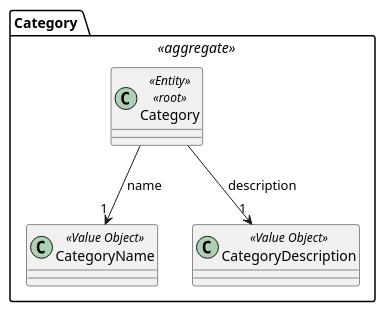
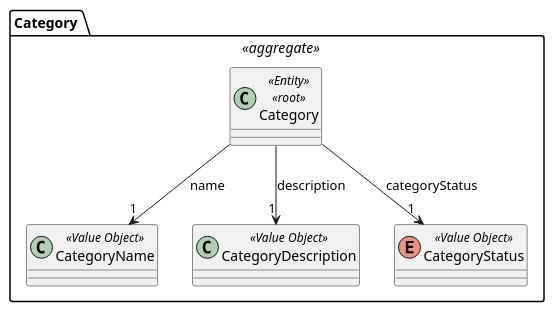
Before and after one commit to diogoveirospro/sem4pi-2024-2025-sem4pi_2024_2025_g44: the diagram in docs/SPRINT_2/US247/puml/domain-model-247.puml, drawn with PlantUML. The commit also changed 4 other files, not shown here.

```diff
--- a/docs/SPRINT_2/US247/puml/domain-model-247.puml
+++ b/docs/SPRINT_2/US247/puml/domain-model-247.puml
@@ -1,18 +1,22 @@
 @startuml
 
 package "Category " <<aggregate>>{
 
     class Category <<Entity>> <<root>>{
     }
 
     class CategoryName <<Value Object>>{
     }
 
     class CategoryDescription <<Value Object>>{
     }
 
+    enum CategoryStatus <<Value Object>>{
+    }
+
     'Category -> x
     Category --> "1" CategoryName: name
     Category --> "1" CategoryDescription: description
+    Category --> "1" CategoryStatus: categoryStatus
 
 @enduml
```
